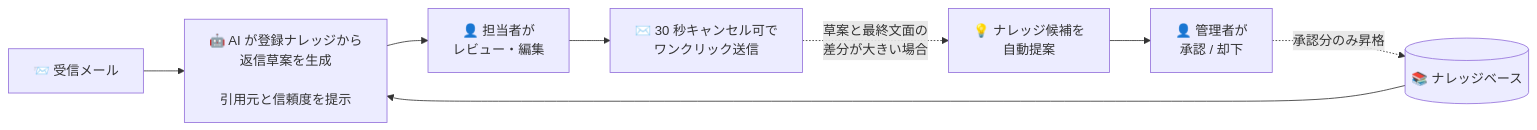
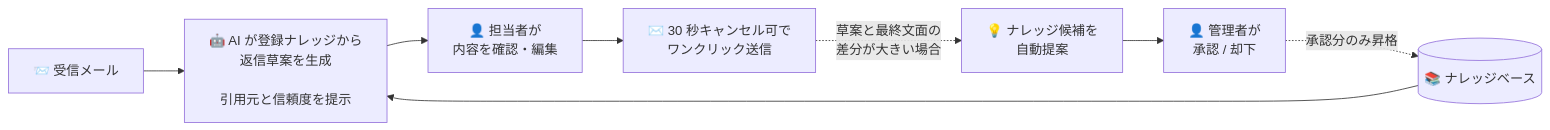
Before and after one commit to yoshinagak-sudo/inquiry-copilot: the diagram in docs/OVERVIEW.md, drawn with Mermaid. The commit also changed other lines of this file, not shown here.

````diff
--- a/docs/OVERVIEW.md
+++ b/docs/OVERVIEW.md
@@ -21,10 +21,10 @@
 ```mermaid
 flowchart LR
     A[📨 受信メール] --> B[🤖 AI が登録ナレッジから<br/>返信草案を生成<br/><br/>引用元と信頼度を提示]
-    B --> C[👤 担当者が<br/>レビュー・編集]
+    B --> C[👤 担当者が<br/>内容を確認・編集]
     C --> D[✉️ 30 秒キャンセル可で<br/>ワンクリック送信]
     D -. 草案と最終文面の<br/>差分が大きい場合 .-> E[💡 ナレッジ候補を<br/>自動提案]
     E --> F[👤 管理者が<br/>承認 / 却下]
     F -. 承認分のみ昇格 .-> G[(📚 ナレッジベース)]
     G --> B
 ```
````
